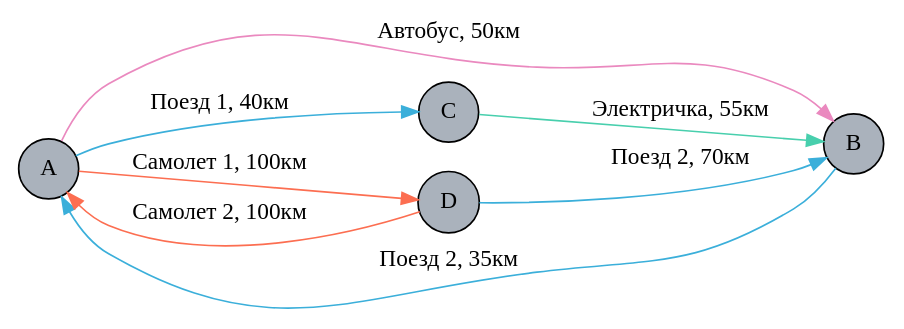
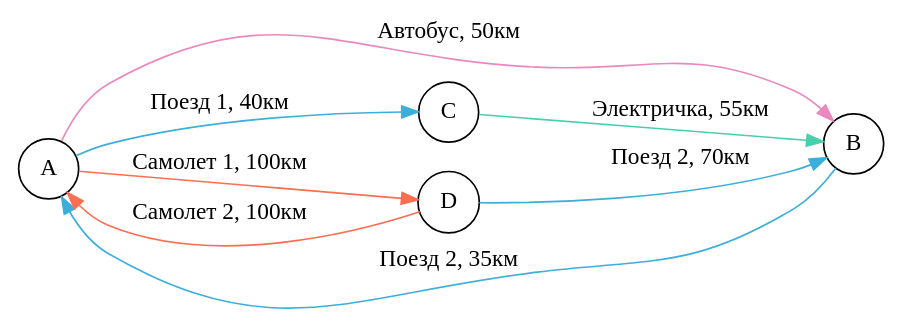
The diagram in documents/thesis/images/static_graph_example.dot (khovanskiy/bachelor-thesis), drawn with Graphviz before and after one commit. The commit also changed 7 other files, not shown here.

```diff
--- a/documents/thesis/images/static_graph_example.dot
+++ b/documents/thesis/images/static_graph_example.dot
@@ -1,22 +1,22 @@
 # train 		= 3bafda
 # local train 	= 48cfad
 # bus 			= ea89bf
 # taxi			= f6bb42
 # plane			= fc6e51
 # light			= aab2bc
 # dark			= 434a54
 digraph example {
 	rankdir = LR;
-	node [style=filled, shape=circle, fillcolor="#aab2bc", fontcolor="#000000"];
+	node [style=filled, shape=circle, fillcolor="#ffffff", fontcolor="#000000"];
 	A;
 	B;
 	C;
 	D;
 	A -> B [label="Автобус, 50км", color="#ea89bf"];
 	A -> D [label="Самолет 1, 100км", color="#fc6e51"];
 	A -> C [label="Поезд 1, 40км", color="#3bafda"];
 	B -> A [label="Поезд 2, 35км", color="#3bafda"];
 	C -> B [label="Электричка, 55км", color="#48cfad"];
 	D -> A [label="Самолет 2, 100км", color="#fc6e51"];
 	D -> B [label="Поезд 2, 70км", color="#3bafda"];
 }
```
